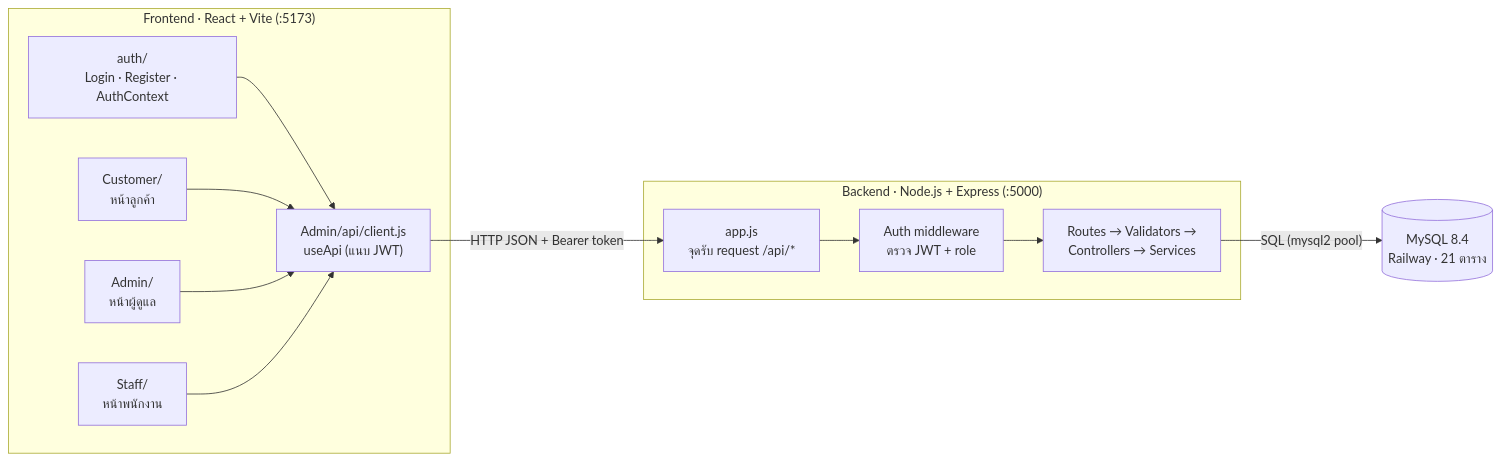
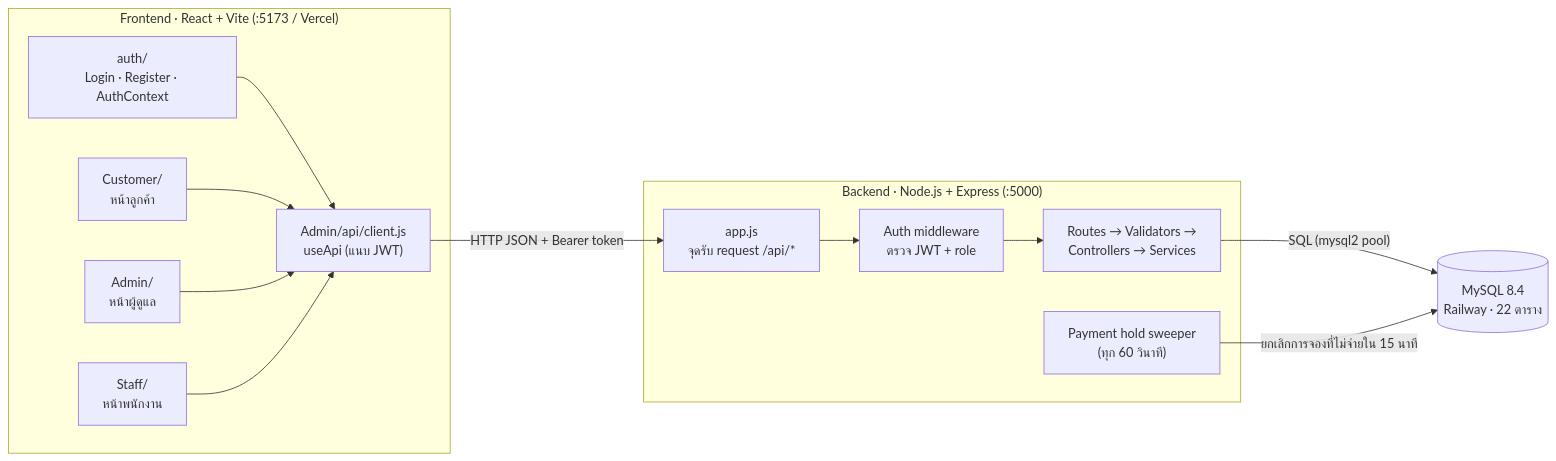
One commit to chetakit/Car-care changed the first of 3 diagrams in README.md. Above: the diagram before and after it, drawn with Mermaid. The commit also changed other lines of this file and 1 other file, not shown here.

````diff
--- a/README.md
+++ b/README.md
@@ -31,17 +31,19 @@
 ```mermaid
 flowchart LR
-  subgraph FE["Frontend · React + Vite (:5173)"]
+  subgraph FE["Frontend · React + Vite (:5173 / Vercel)"]
     AUTH["auth/<br/>Login · Register · AuthContext"]
     CUS["Customer/<br/>หน้าลูกค้า"]
     ADM["Admin/<br/>หน้าผู้ดูแล"]
     STF["Staff/<br/>หน้าพนักงาน"]
     CLI["Admin/api/client.js<br/>useApi (แนบ JWT)"]
   end
   subgraph BE["Backend · Node.js + Express (:5000)"]
     APP["app.js<br/>จุดรับ request /api/*"]
     MW["Auth middleware<br/>ตรวจ JWT + role"]
     MOD["Routes → Validators →<br/>Controllers → Services"]
+    SWP["Payment hold sweeper<br/>(ทุก 60 วินาที)"]
   end
-  DB[("MySQL 8.4<br/>Railway · 21 ตาราง")]
+  DB[("MySQL 8.4<br/>Railway · 22 ตาราง")]
   AUTH & CUS & ADM & STF --> CLI -->|"HTTP JSON + Bearer token"| APP --> MW --> MOD -->|"SQL (mysql2 pool)"| DB
+  SWP -->|"ยกเลิกการจองที่ไม่จ่ายใน 15 นาที"| DB
 ```
````
